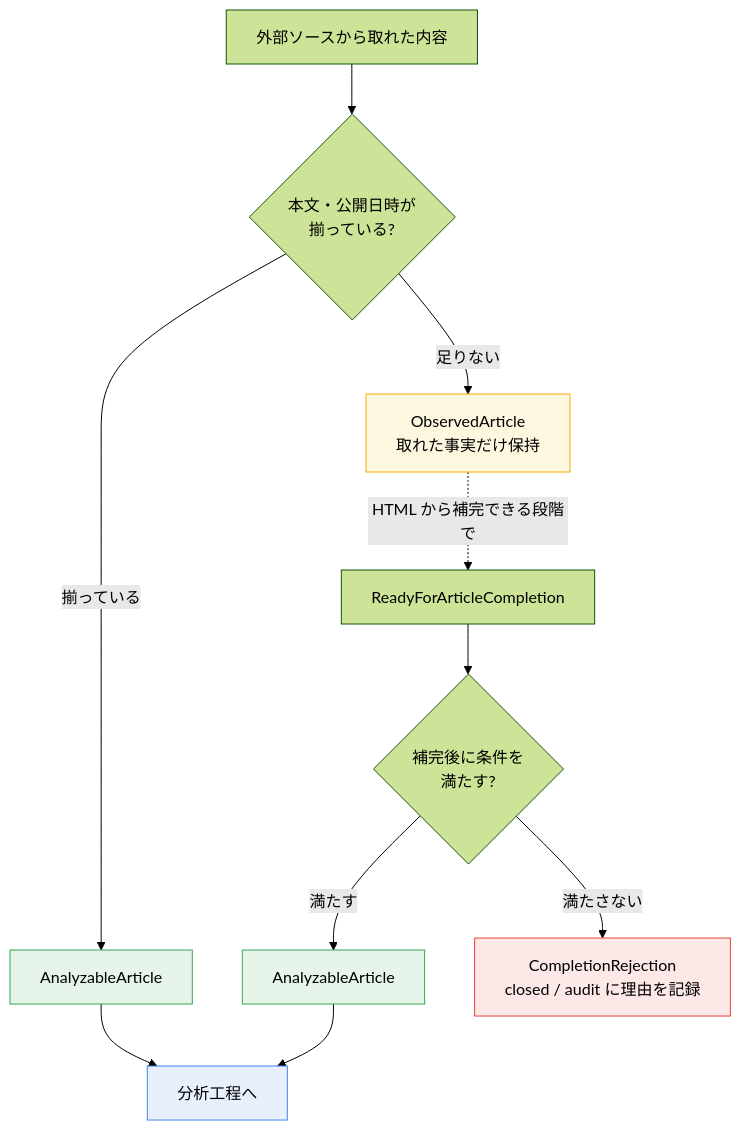
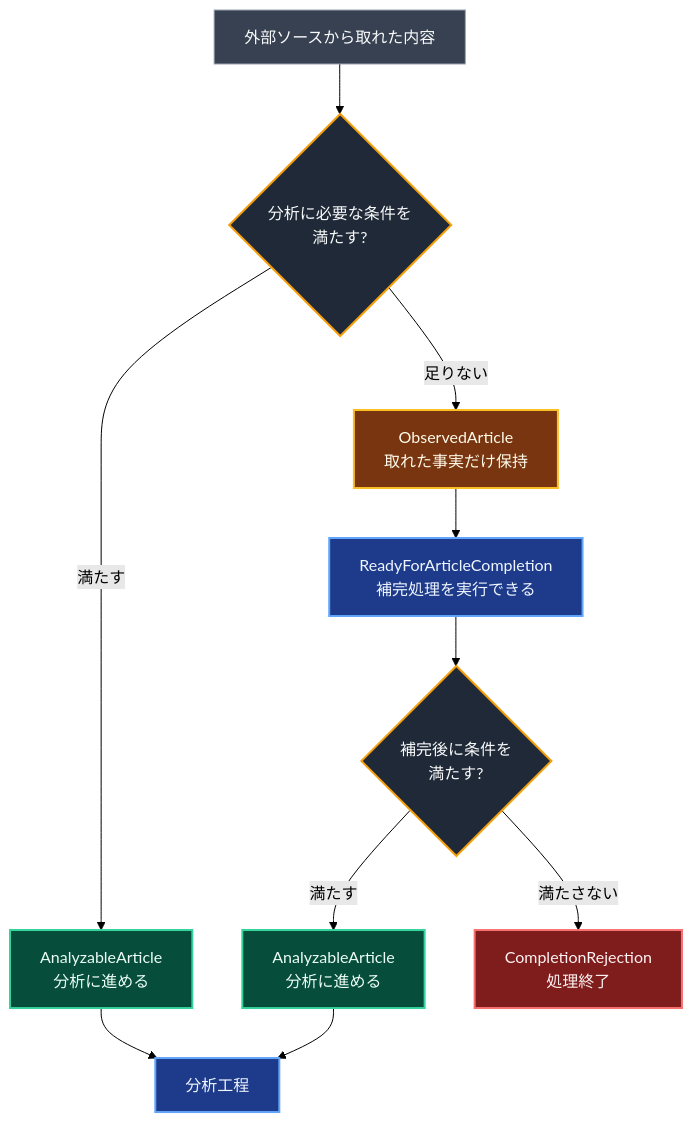
One commit to yook11/Vector changed the diagram in docs/design-journey/03-behavior-into-domain.md. Above: the diagram before and after it, drawn with Mermaid (forest theme).

Commit message:
docs: clarify article flow diagram (#846)

````diff
--- a/docs/design-journey/03-behavior-into-domain.md
+++ b/docs/design-journey/03-behavior-into-domain.md
@@ -231,24 +231,32 @@
 ```mermaid
 flowchart TD
     src[外部ソースから取れた内容]
 
-    src --> conv{本文・公開日時が<br/>揃っている?}
+    src --> check{分析に必要な条件を<br/>満たす?}
 
-    conv -- 揃っている --> aa1[AnalyzableArticle]
-    conv -- 足りない --> obs[ObservedArticle<br/>取れた事実だけ保持]
+    check -- 満たす --> aa1[AnalyzableArticle<br/>分析に進める]
+    check -- 足りない --> obs[ObservedArticle<br/>取れた事実だけ保持]
 
-    obs -. HTML から補完できる段階で .-> ready[ReadyForArticleCompletion]
-    ready --> qcheck{補完後に条件を<br/>満たす?}
+    obs --> ready[ReadyForArticleCompletion<br/>補完処理を実行できる]
+    ready --> complete{補完後に条件を<br/>満たす?}
 
-    qcheck -- 満たす --> aa2[AnalyzableArticle]
-    qcheck -- 満たさない --> rejected[CompletionRejection<br/>closed / audit に理由を記録]
+    complete -- 満たす --> aa2[AnalyzableArticle<br/>分析に進める]
+    complete -- 満たさない --> reject[CompletionRejection<br/>処理終了]
 
-    aa1 --> analysis[分析工程へ]
+    aa1 --> analysis[分析工程]
     aa2 --> analysis
 
-    style aa1 fill:#e6f4ea,stroke:#34a853
-    style aa2 fill:#e6f4ea,stroke:#34a853
-    style obs fill:#fef7e0,stroke:#f9ab00
-    style analysis fill:#e8f0fe,stroke:#4285f4
-    style rejected fill:#fce8e6,stroke:#ea4335
+    class src neutral
+    class check,complete decision
+    class aa1,aa2 analyzable
+    class obs observed
+    class ready,analysis process
+    class reject rejected
+
+    classDef neutral fill:#374151,stroke:#9ca3af,color:#f9fafb
+    classDef decision fill:#1f2937,stroke:#f59e0b,color:#f9fafb,stroke-width:2px
+    classDef analyzable fill:#064e3b,stroke:#34d399,color:#ecfdf5,stroke-width:2px
+    classDef observed fill:#78350f,stroke:#fbbf24,color:#fffbeb,stroke-width:2px
+    classDef process fill:#1e3a8a,stroke:#60a5fa,color:#eff6ff,stroke-width:2px
+    classDef rejected fill:#7f1d1d,stroke:#f87171,color:#fef2f2,stroke-width:2px
 ```
````
